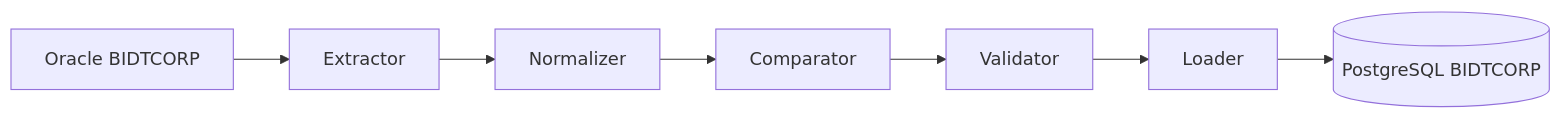
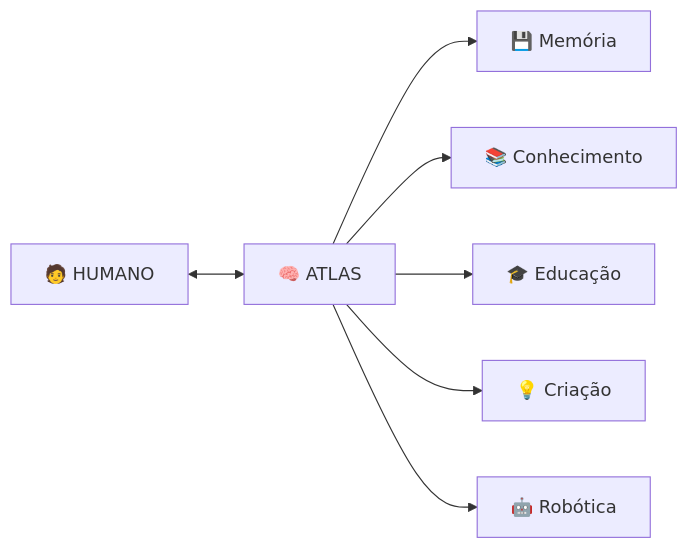
The first of 5 diagrams in README.md (lucasrsantosdev/atlas), drawn with Mermaid before and after one commit. The commit also changed other lines of this file, not shown here.

````diff
--- a/README.md
+++ b/README.md
@@ -75,29 +119,10 @@
 ```mermaid
 flowchart LR
+    H["🧑 HUMANO"] <--> A["🧠 ATLAS"]
 
-ORACLE["Oracle BIDTCORP"]
-
--->
-
-EXTRACTOR["Extractor"]
-
--->
-
-NORMALIZER["Normalizer"]
-
--->
-
-COMPARATOR["Comparator"]
-
--->
-
-VALIDATOR["Validator"]
-
--->
-
-LOADER["Loader"]
-
--->
-
-POSTGRES[(PostgreSQL BIDTCORP)]
+    A --> M["💾 Memória"]
+    A --> K["📚 Conhecimento"]
+    A --> E["🎓 Educação"]
+    A --> C["💡 Criação"]
+    A --> R["🤖 Robótica"]
 ```
````
